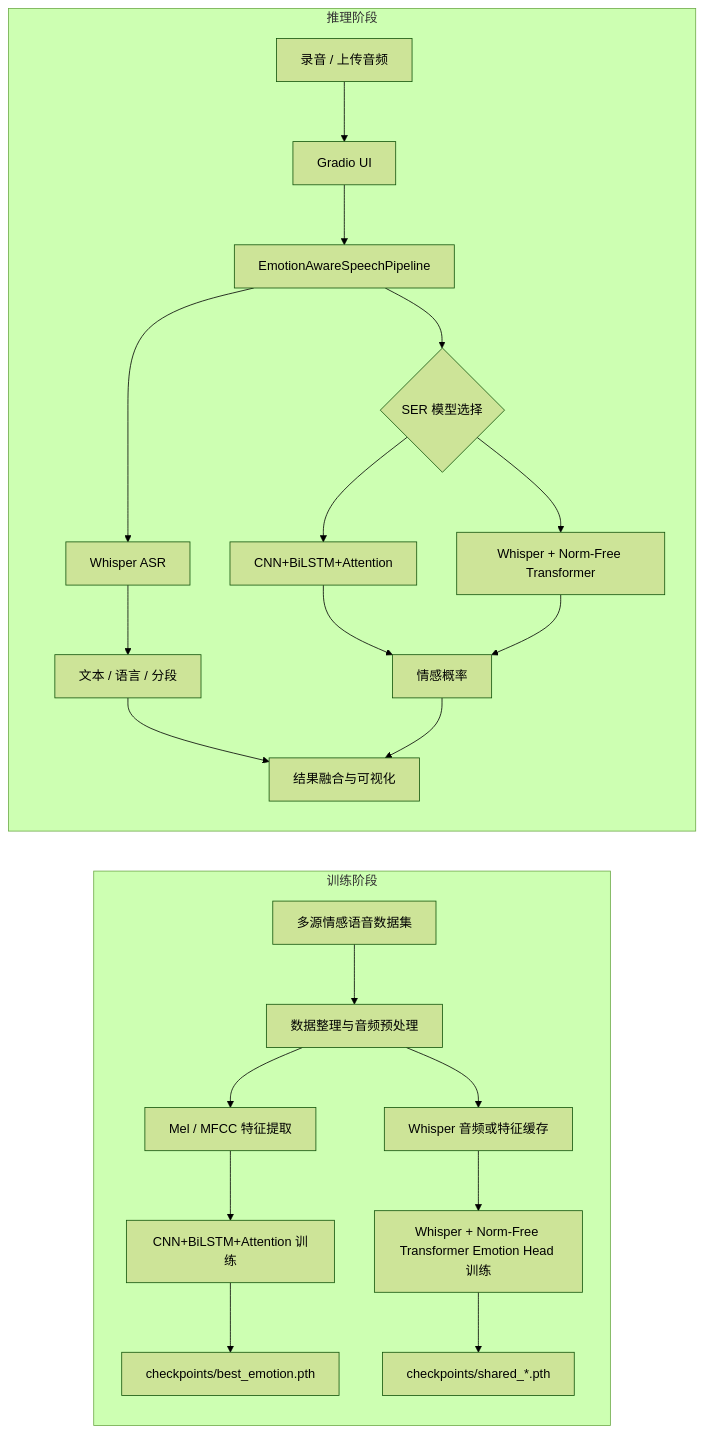
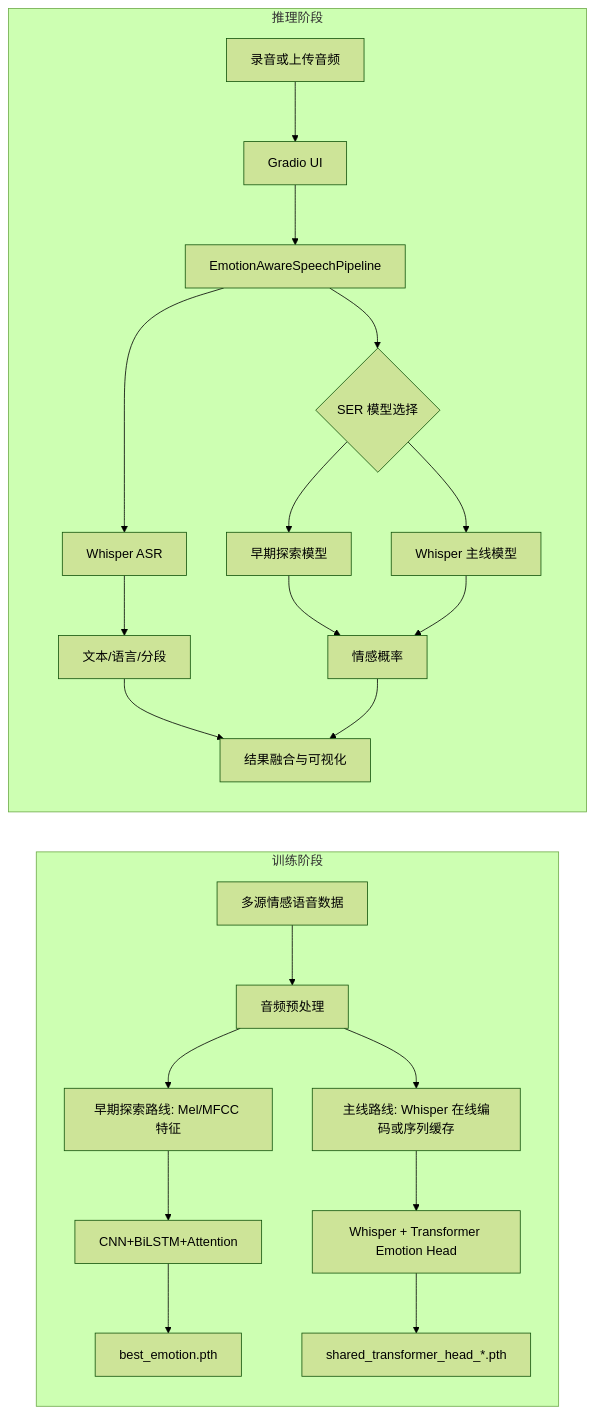
One commit to quan35/Emotion-perception-driven-speech-recognition-system changed the first of 2 diagrams in .ipynb_checkpoints/README-checkpoint.md. Above: the diagram before and after it, drawn with Mermaid (forest theme). The commit also changed other lines of this file and 29 other files, not shown here.

````diff
--- a/.ipynb_checkpoints/README-checkpoint.md
+++ b/.ipynb_checkpoints/README-checkpoint.md
@@ -243,26 +141,26 @@
 ```mermaid
 flowchart LR
     subgraph Training[训练阶段]
-        A[多源情感语音数据集] --> B[数据整理与音频预处理]
-        B --> C[Mel / MFCC 特征提取]
-        B --> D[Whisper 音频或特征缓存]
-        C --> E[CNN+BiLSTM+Attention 训练]
-        D --> F[Whisper + Norm-Free Transformer Emotion Head 训练]
-        E --> G[checkpoints/best_emotion.pth]
-        F --> H[checkpoints/shared_*.pth]
+        A[多源情感语音数据] --> B[音频预处理]
+        B --> C[早期探索路线: Mel/MFCC 特征]
+        B --> D[主线路线: Whisper 在线编码或序列缓存]
+        C --> E[CNN+BiLSTM+Attention]
+        D --> F[Whisper + Transformer Emotion Head]
+        E --> G[best_emotion.pth]
+        F --> H[shared_transformer_head_*.pth]
     end
 
     subgraph Inference[推理阶段]
-        I[录音 / 上传音频] --> J[Gradio UI]
+        I[录音或上传音频] --> J[Gradio UI]
         J --> K[EmotionAwareSpeechPipeline]
         K --> L[Whisper ASR]
         K --> M{SER 模型选择}
-        M --> N[CNN+BiLSTM+Attention]
-        M --> O[Whisper + Norm-Free Transformer]
-        L --> P[文本 / 语言 / 分段]
+        M --> N[早期探索模型]
+        M --> O[Whisper 主线模型]
+        L --> P[文本/语言/分段]
         N --> Q[情感概率]
         O --> Q
         P --> R[结果融合与可视化]
         Q --> R
     end
 ```
````
